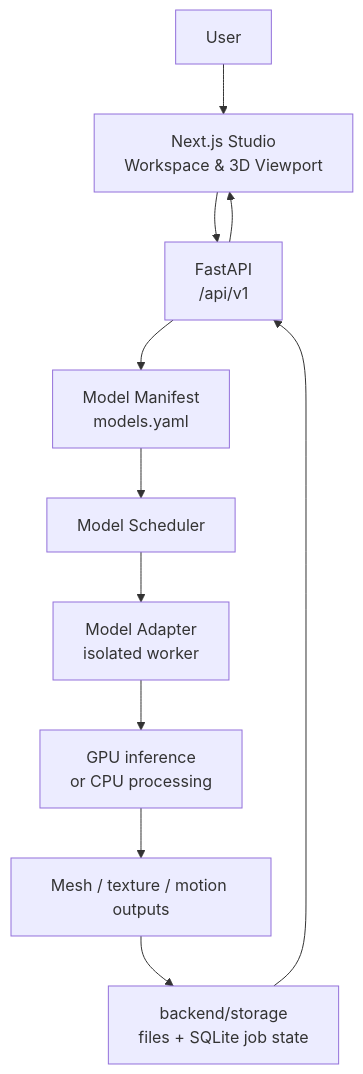
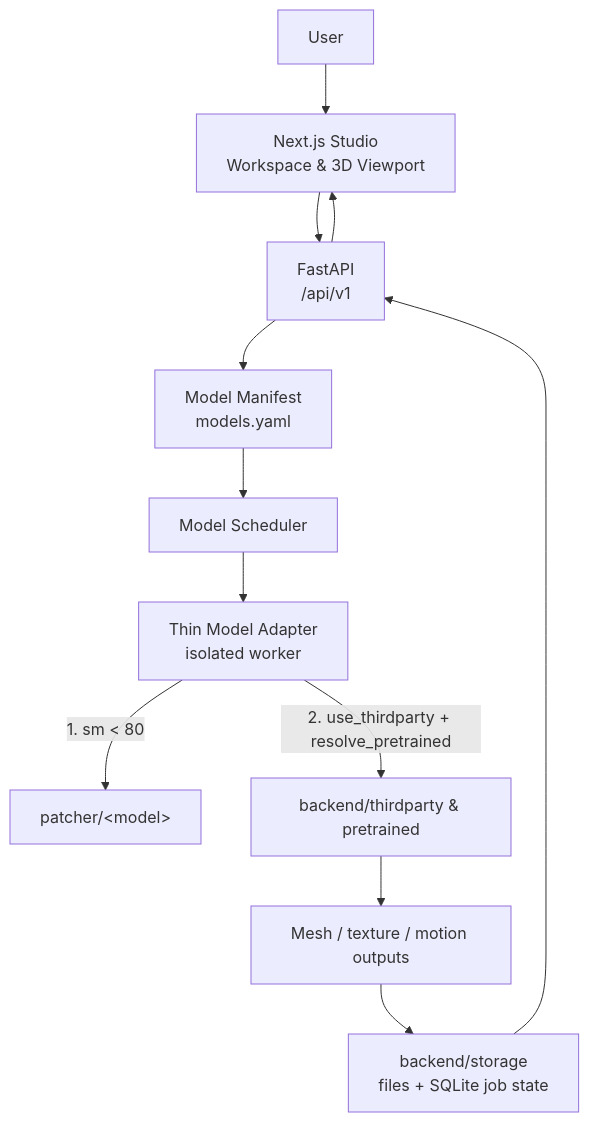
One commit to Silentzx2/ForMesh3D changed the diagram in README.md. Above: the diagram before and after it, drawn with Mermaid. The commit also changed other lines of this file and 22 other files, not shown here.

```diff
--- a/README.md
+++ b/README.md
@@ -48,13 +48,14 @@
 ~~~mermaid
 flowchart TD
     U["User"] --> UI["Next.js Studio<br/>Workspace & 3D Viewport"]
     UI --> API["FastAPI<br/>/api/v1"]
     API --> REG["Model Manifest<br/>models.yaml"]
     REG --> SCH["Model Scheduler"]
-    SCH --> AD["Model Adapter<br/>isolated worker"]
-    AD --> GPU["GPU inference<br/>or CPU processing"]
+    SCH --> AD["Thin Model Adapter<br/>isolated worker"]
+    AD -->|"1. sm &lt; 80"| PAT["patcher/&lt;model&gt;"]
+    AD -->|"2. use_thirdparty + resolve_pretrained"| GPU["backend/thirdparty &amp; pretrained"]
     GPU --> OUT["Mesh / texture / motion outputs"]
     OUT --> STORE["backend/storage<br/>files + SQLite job state"]
     STORE --> API
     API --> UI
 ~~~
```
